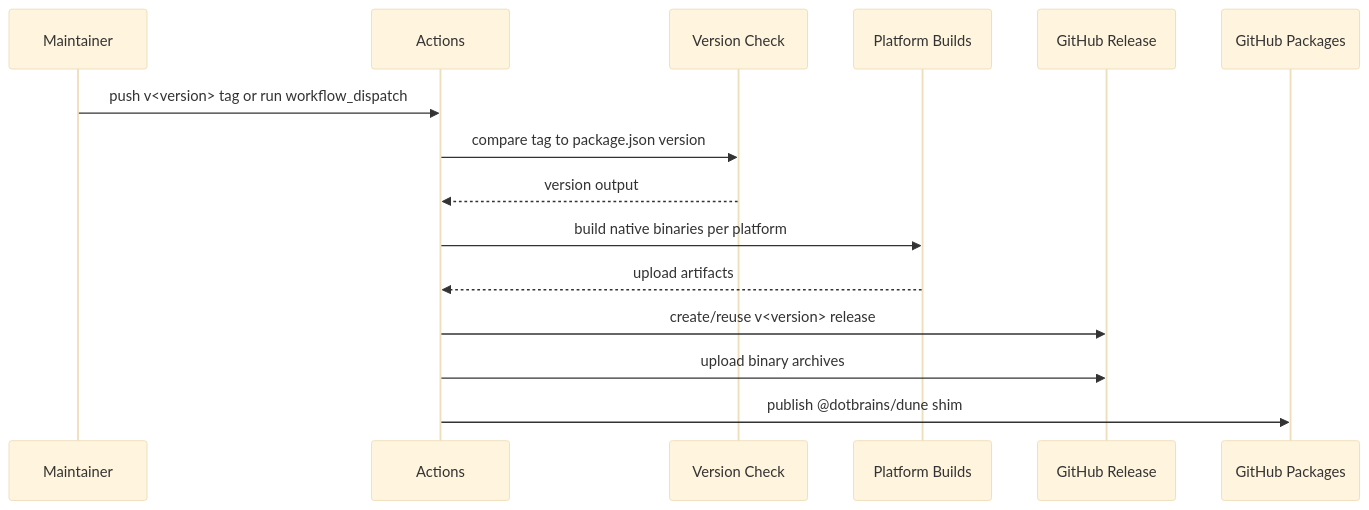
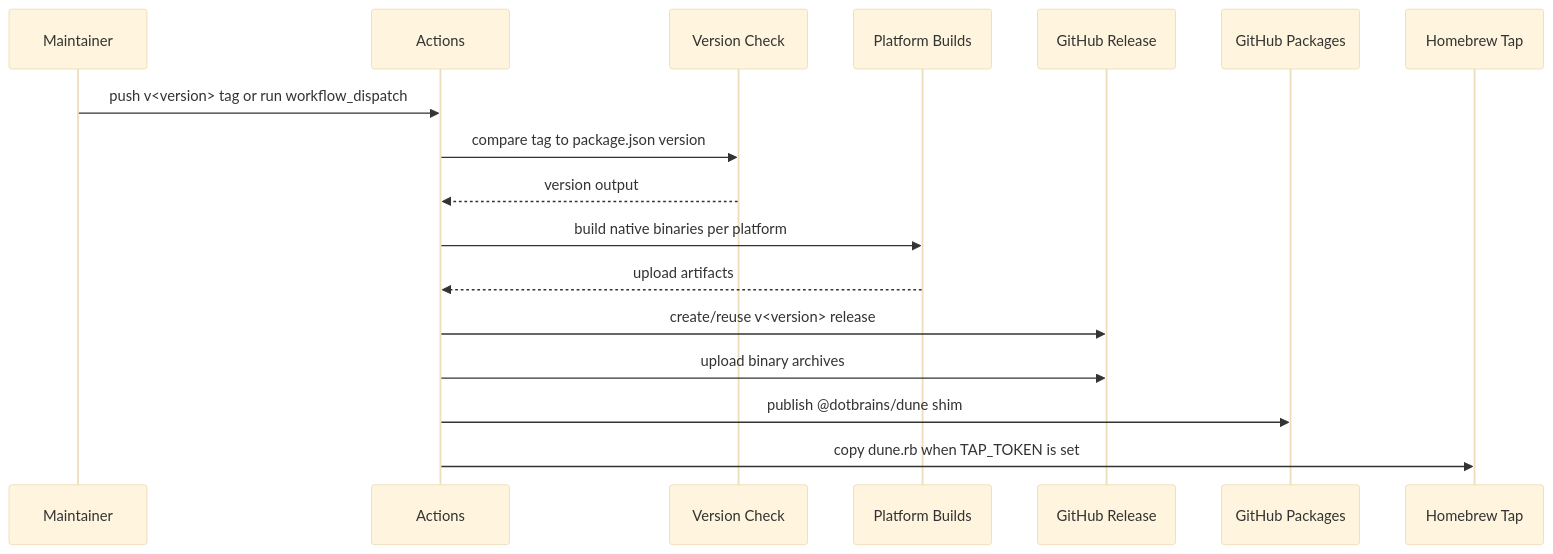
Before and after one commit to dotbrains/dune: the first of 2 diagrams in docs/releasing.md, drawn with Mermaid (base theme). The commit also changed other lines of this file and 2 other files, not shown here.

Commit message:
ci: publish Homebrew formula to tap

````diff
--- a/docs/releasing.md
+++ b/docs/releasing.md
@@ -7,18 +7,20 @@
 ```mermaid
 sequenceDiagram
   participant Maintainer
   participant Actions
   participant Check as Version Check
   participant Build as Platform Builds
   participant Release as GitHub Release
   participant Packages as GitHub Packages
+  participant Tap as Homebrew Tap
 
   Maintainer->>Actions: push v<version> tag or run workflow_dispatch
   Actions->>Check: compare tag to package.json version
   Check-->>Actions: version output
   Actions->>Build: build native binaries per platform
   Build-->>Actions: upload artifacts
   Actions->>Release: create/reuse v<version> release
   Actions->>Release: upload binary archives
   Actions->>Packages: publish @dotbrains/dune shim
+  Actions->>Tap: copy dune.rb when TAP_TOKEN is set
 ```
````
